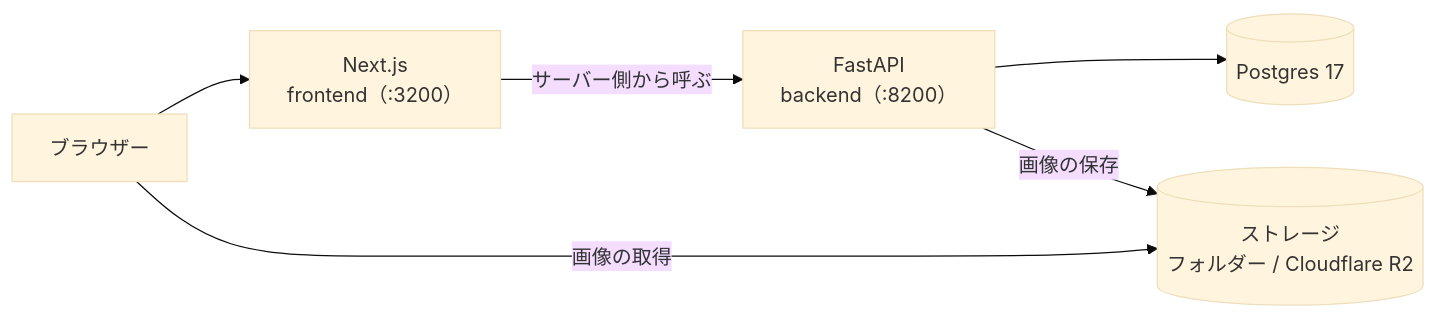
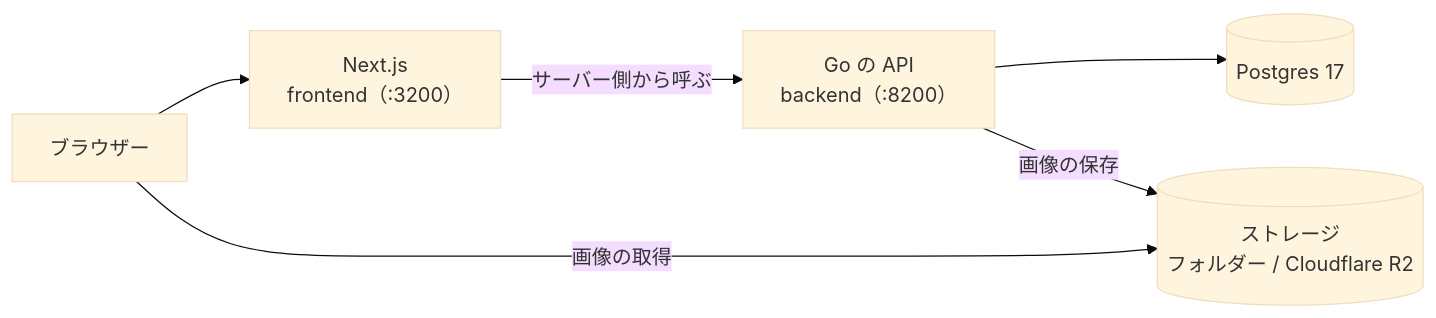
Before and after one commit to Starlight-Tree/JobNavi: the diagram in README.ja.md, drawn with Mermaid (base theme). The commit also changed other lines of this file and 11 other files, not shown here.

````diff
--- a/README.ja.md
+++ b/README.ja.md
@@ -24,8 +24,8 @@
 ```mermaid
 flowchart LR
     B[ブラウザー] --> F["Next.js<br/>frontend（:3200）"]
-    F -->|"サーバー側から呼ぶ"| A["FastAPI<br/>backend（:8200）"]
+    F -->|"サーバー側から呼ぶ"| A["Go の API<br/>backend（:8200）"]
     A --> DB[("Postgres 17")]
     A -->|画像の保存| S[("ストレージ<br/>フォルダー / Cloudflare R2")]
     B -->|画像の取得| S
 ```
````
